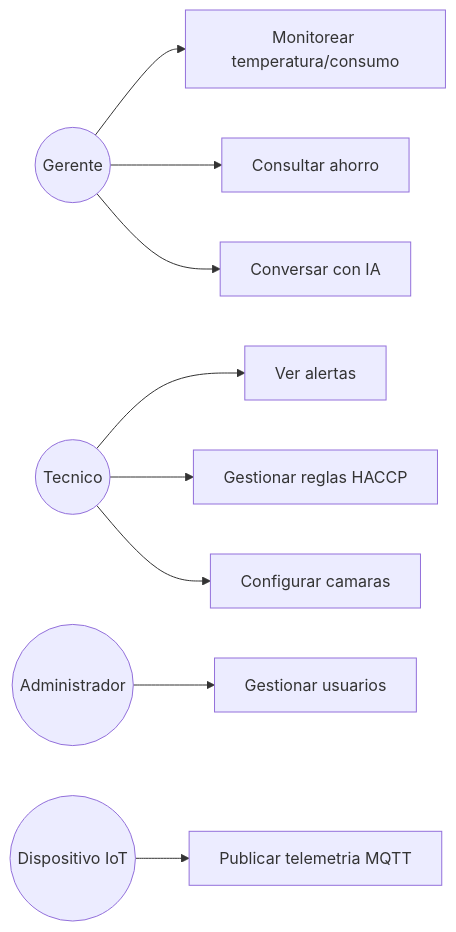
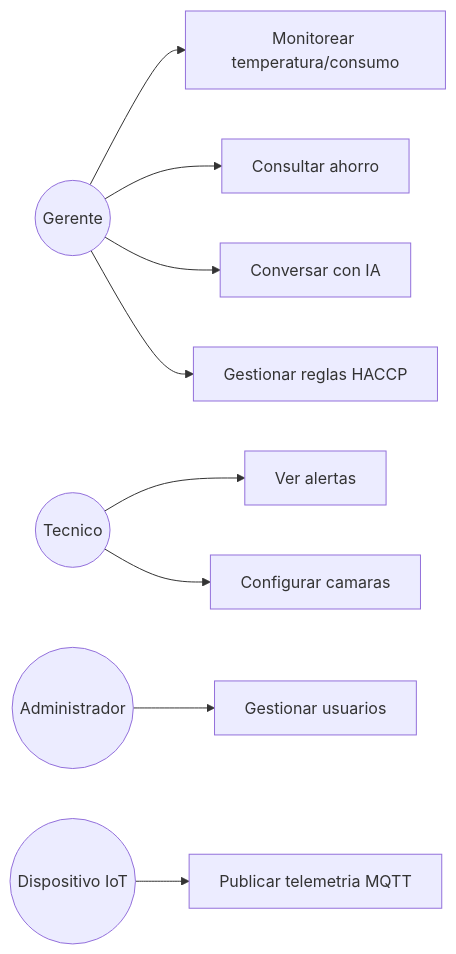
Before and after one commit to JoseCalfiman/Proyecto-Integracion-III: the diagram in docs/01-requerimientos/casos-de-uso.md, drawn with Mermaid. The commit also changed other lines of this file and 4 other files, not shown here.

````diff
--- a/docs/01-requerimientos/casos-de-uso.md
+++ b/docs/01-requerimientos/casos-de-uso.md
@@ -21,25 +21,25 @@
 ```mermaid
 flowchart LR
     G((Gerente))
     T((Tecnico))
     A((Administrador))
     IOT((Dispositivo IoT))
 
     UC1[Monitorear temperatura/consumo]
     UC2[Ver alertas]
     UC3[Consultar ahorro]
     UC4[Conversar con IA]
     UC5[Gestionar reglas HACCP]
     UC6[Configurar camaras]
     UC7[Gestionar usuarios]
     UC8[Publicar telemetria MQTT]
 
     G --> UC1
     G --> UC3
     G --> UC4
     T --> UC2
-    T --> UC5
+    G --> UC5
     T --> UC6
     A --> UC7
     IOT --> UC8
 ```
````
